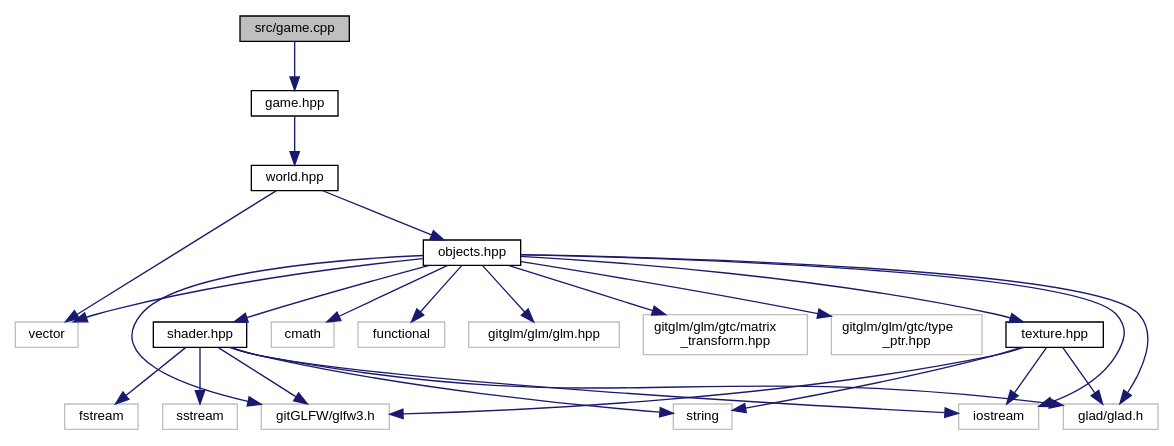
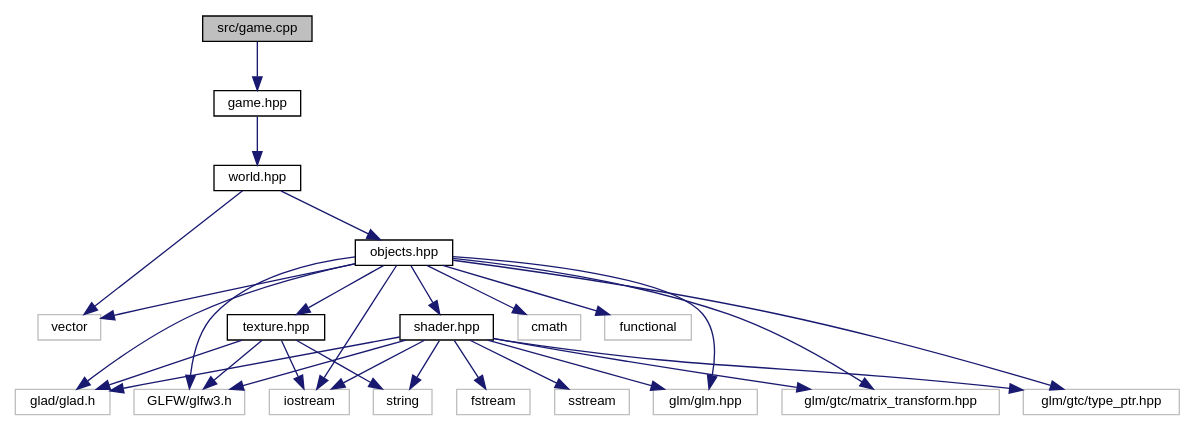
Before and after one commit to noah1510/redhand: the diagram in game_8cpp__incl.dot, drawn with Graphviz. The commit also changed 96 other files, not shown here.

```diff
--- a/game_8cpp__incl.dot
+++ b/game_8cpp__incl.dot
@@ -1,48 +1,51 @@
 digraph "src/game.cpp"
 {
   edge [fontname="Helvetica",fontsize="10",labelfontname="Helvetica",labelfontsize="10"];
   node [fontname="Helvetica",fontsize="10",shape=record];
   Node0 [label="src/game.cpp",height=0.2,width=0.4,color="black", fillcolor="grey75", style="filled", fontcolor="black"];
   Node0 -> Node1 [color="midnightblue",fontsize="10",style="solid",fontname="Helvetica"];
   Node1 [label="game.hpp",height=0.2,width=0.4,color="black", fillcolor="white", style="filled",URL="$game_8hpp.html"];
   Node1 -> Node2 [color="midnightblue",fontsize="10",style="solid",fontname="Helvetica"];
   Node2 [label="world.hpp",height=0.2,width=0.4,color="black", fillcolor="white", style="filled",URL="$world_8hpp.html"];
   Node2 -> Node3 [color="midnightblue",fontsize="10",style="solid",fontname="Helvetica"];
   Node3 [label="vector",height=0.2,width=0.4,color="grey75", fillcolor="white", style="filled"];
   Node2 -> Node4 [color="midnightblue",fontsize="10",style="solid",fontname="Helvetica"];
   Node4 [label="objects.hpp",height=0.2,width=0.4,color="black", fillcolor="white", style="filled",URL="$objects_8hpp.html"];
   Node4 -> Node5 [color="midnightblue",fontsize="10",style="solid",fontname="Helvetica"];
   Node5 [label="shader.hpp",height=0.2,width=0.4,color="black", fillcolor="white", style="filled",URL="$shader_8hpp.html"];
   Node5 -> Node6 [color="midnightblue",fontsize="10",style="solid",fontname="Helvetica"];
   Node6 [label="glad/glad.h",height=0.2,width=0.4,color="grey75", fillcolor="white", style="filled"];
   Node5 -> Node7 [color="midnightblue",fontsize="10",style="solid",fontname="Helvetica"];
-  Node7 [label="gitGLFW/glfw3.h",height=0.2,width=0.4,color="grey75", fillcolor="white", style="filled"];
+  Node7 [label="GLFW/glfw3.h",height=0.2,width=0.4,color="grey75", fillcolor="white", style="filled"];
   Node5 -> Node8 [color="midnightblue",fontsize="10",style="solid",fontname="Helvetica"];
-  Node8 [label="string",height=0.2,width=0.4,color="grey75", fillcolor="white", style="filled"];
+  Node8 [label="glm/glm.hpp",height=0.2,width=0.4,color="grey75", fillcolor="white", style="filled"];
   Node5 -> Node9 [color="midnightblue",fontsize="10",style="solid",fontname="Helvetica"];
-  Node9 [label="fstream",height=0.2,width=0.4,color="grey75", fillcolor="white", style="filled"];
+  Node9 [label="glm/gtc/matrix_transform.hpp",height=0.2,width=0.4,color="grey75", fillcolor="white", style="filled"];
   Node5 -> Node10 [color="midnightblue",fontsize="10",style="solid",fontname="Helvetica"];
-  Node10 [label="sstream",height=0.2,width=0.4,color="grey75", fillcolor="white", style="filled"];
+  Node10 [label="glm/gtc/type_ptr.hpp",height=0.2,width=0.4,color="grey75", fillcolor="white", style="filled"];
   Node5 -> Node11 [color="midnightblue",fontsize="10",style="solid",fontname="Helvetica"];
-  Node11 [label="iostream",height=0.2,width=0.4,color="grey75", fillcolor="white", style="filled"];
-  Node4 -> Node12 [color="midnightblue",fontsize="10",style="solid",fontname="Helvetica"];
-  Node12 [label="texture.hpp",height=0.2,width=0.4,color="black", fillcolor="white", style="filled",URL="$texture_8hpp.html"];
-  Node12 -> Node8 [color="midnightblue",fontsize="10",style="solid",fontname="Helvetica"];
-  Node12 -> Node6 [color="midnightblue",fontsize="10",style="solid",fontname="Helvetica"];
-  Node12 -> Node7 [color="midnightblue",fontsize="10",style="solid",fontname="Helvetica"];
-  Node12 -> Node11 [color="midnightblue",fontsize="10",style="solid",fontname="Helvetica"];
-  Node4 -> Node13 [color="midnightblue",fontsize="10",style="solid",fontname="Helvetica"];
-  Node13 [label="cmath",height=0.2,width=0.4,color="grey75", fillcolor="white", style="filled"];
-  Node4 -> Node11 [color="midnightblue",fontsize="10",style="solid",fontname="Helvetica"];
+  Node11 [label="string",height=0.2,width=0.4,color="grey75", fillcolor="white", style="filled"];
+  Node5 -> Node12 [color="midnightblue",fontsize="10",style="solid",fontname="Helvetica"];
+  Node12 [label="fstream",height=0.2,width=0.4,color="grey75", fillcolor="white", style="filled"];
+  Node5 -> Node13 [color="midnightblue",fontsize="10",style="solid",fontname="Helvetica"];
+  Node13 [label="sstream",height=0.2,width=0.4,color="grey75", fillcolor="white", style="filled"];
+  Node5 -> Node14 [color="midnightblue",fontsize="10",style="solid",fontname="Helvetica"];
+  Node14 [label="iostream",height=0.2,width=0.4,color="grey75", fillcolor="white", style="filled"];
+  Node4 -> Node15 [color="midnightblue",fontsize="10",style="solid",fontname="Helvetica"];
+  Node15 [label="texture.hpp",height=0.2,width=0.4,color="black", fillcolor="white", style="filled",URL="$texture_8hpp.html"];
+  Node15 -> Node11 [color="midnightblue",fontsize="10",style="solid",fontname="Helvetica"];
+  Node15 -> Node6 [color="midnightblue",fontsize="10",style="solid",fontname="Helvetica"];
+  Node15 -> Node7 [color="midnightblue",fontsize="10",style="solid",fontname="Helvetica"];
+  Node15 -> Node14 [color="midnightblue",fontsize="10",style="solid",fontname="Helvetica"];
+  Node4 -> Node16 [color="midnightblue",fontsize="10",style="solid",fontname="Helvetica"];
+  Node16 [label="cmath",height=0.2,width=0.4,color="grey75", fillcolor="white", style="filled"];
+  Node4 -> Node14 [color="midnightblue",fontsize="10",style="solid",fontname="Helvetica"];
   Node4 -> Node3 [color="midnightblue",fontsize="10",style="solid",fontname="Helvetica"];
-  Node4 -> Node14 [color="midnightblue",fontsize="10",style="solid",fontname="Helvetica"];
-  Node14 [label="functional",height=0.2,width=0.4,color="grey75", fillcolor="white", style="filled"];
-  Node4 -> Node15 [color="midnightblue",fontsize="10",style="solid",fontname="Helvetica"];
-  Node15 [label="gitglm/glm/glm.hpp",height=0.2,width=0.4,color="grey75", fillcolor="white", style="filled"];
-  Node4 -> Node16 [color="midnightblue",fontsize="10",style="solid",fontname="Helvetica"];
-  Node16 [label="gitglm/glm/gtc/matrix\l_transform.hpp",height=0.2,width=0.4,color="grey75", fillcolor="white", style="filled"];
   Node4 -> Node17 [color="midnightblue",fontsize="10",style="solid",fontname="Helvetica"];
-  Node17 [label="gitglm/glm/gtc/type\l_ptr.hpp",height=0.2,width=0.4,color="grey75", fillcolor="white", style="filled"];
+  Node17 [label="functional",height=0.2,width=0.4,color="grey75", fillcolor="white", style="filled"];
+  Node4 -> Node8 [color="midnightblue",fontsize="10",style="solid",fontname="Helvetica"];
+  Node4 -> Node9 [color="midnightblue",fontsize="10",style="solid",fontname="Helvetica"];
+  Node4 -> Node10 [color="midnightblue",fontsize="10",style="solid",fontname="Helvetica"];
   Node4 -> Node6 [color="midnightblue",fontsize="10",style="solid",fontname="Helvetica"];
   Node4 -> Node7 [color="midnightblue",fontsize="10",style="solid",fontname="Helvetica"];
 }
```
